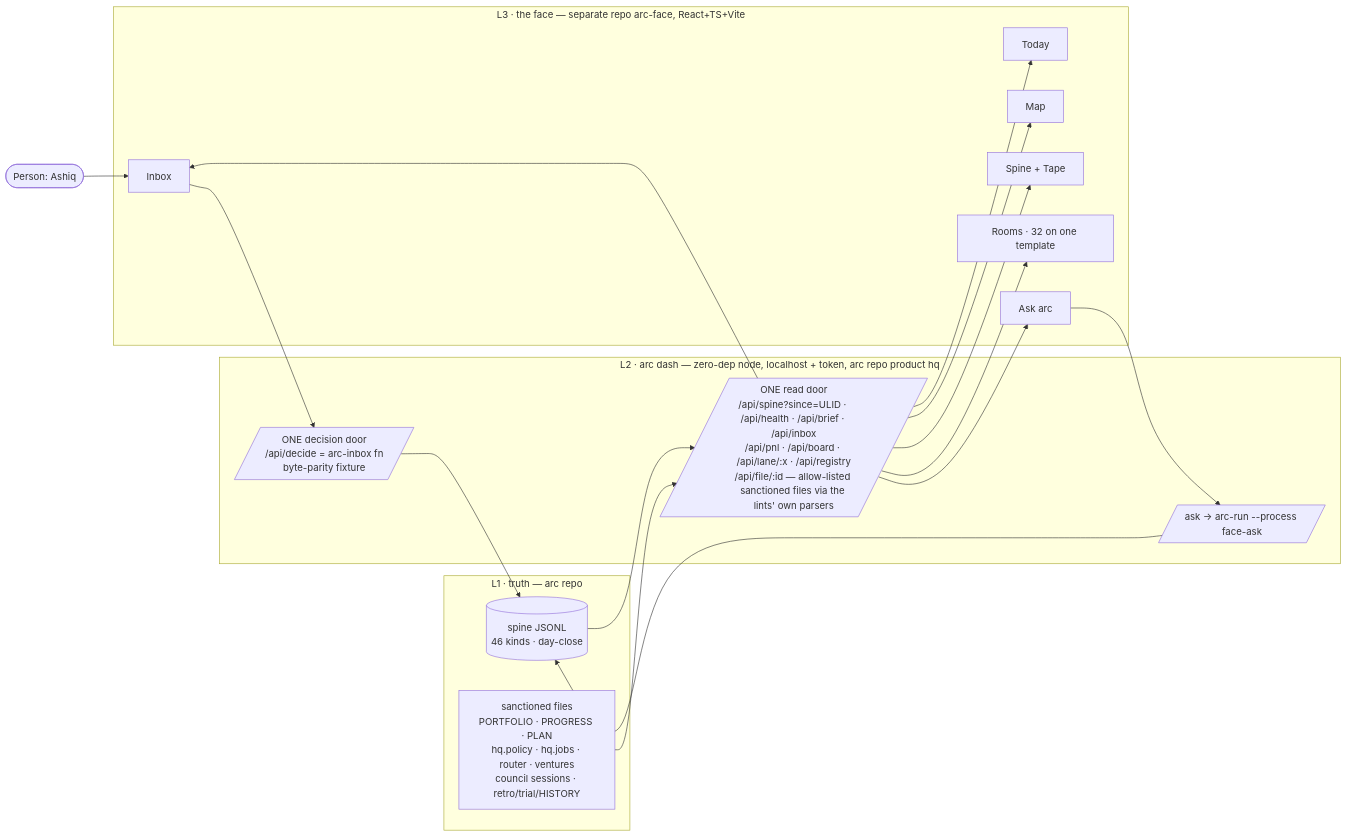
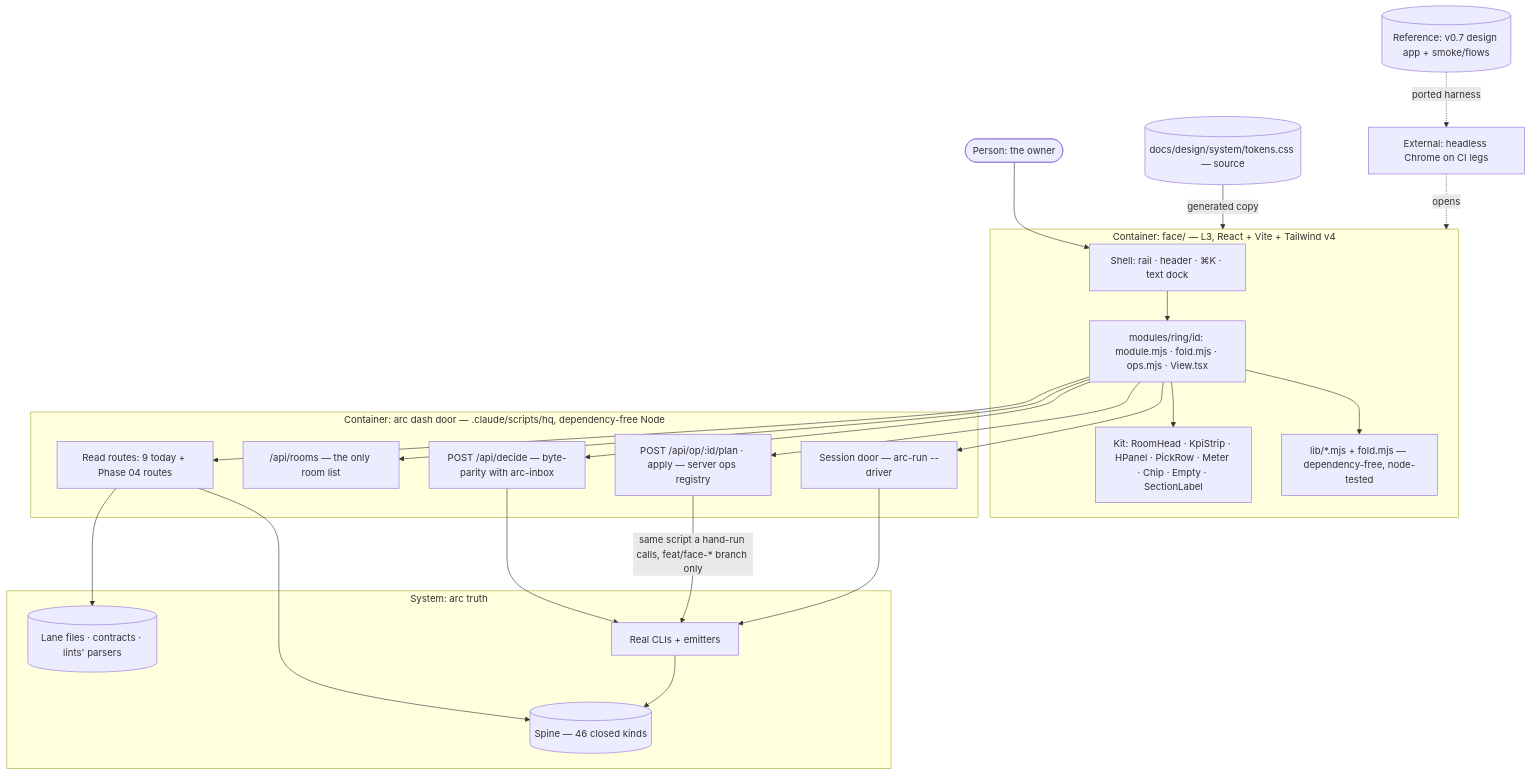
Before and after one commit to technology-ashiq/arc: the diagram in initiatives/face/PLAN.md, drawn with Mermaid. The commit also changed other lines of this file and 48 other files, not shown here.

````diff
--- a/initiatives/face/PLAN.md
+++ b/initiatives/face/PLAN.md
@@ -127,22 +136,36 @@
 ```mermaid
-flowchart LR
-  owner([Person: Ashiq])
-  subgraph L1[L1 · truth — arc repo]
-    S[(spine JSONL<br/>46 kinds · day-close)]
-    F[sanctioned files<br/>PORTFOLIO · PROGRESS · PLAN<br/>hq.policy · hq.jobs · router · ventures<br/>council sessions · retro/trial/HISTORY]
+flowchart TB
+  owner([Person: the owner])
+  subgraph L3 [Container: face/ — L3, React + Vite + Tailwind v4]
+    shell[Shell: rail · header · ⌘K · text dock]
+    kit[Kit: RoomHead · KpiStrip · HPanel · PickRow · Meter · Chip · Empty · SectionLabel]
+    mods[modules/ring/id: module.mjs · fold.mjs · ops.mjs · View.tsx]
+    lib[lib/*.mjs + fold.mjs — dependency-free, node-tested]
   end
-  subgraph L2[L2 · arc dash — zero-dep node, localhost + token, arc repo product hq]
-    R[/ONE read door<br/>/api/spine?since=ULID · /api/health · /api/brief · /api/inbox<br/>/api/pnl · /api/board · /api/lane/:x · /api/registry<br/>/api/file/:id — allow-listed sanctioned files via the lints' own parsers/]
-    D[/ONE decision door<br/>/api/decide = arc-inbox fn<br/>byte-parity fixture/]
-    A[/ask → arc-run --process face-ask/]
+  subgraph L2 [Container: arc dash door — .claude/scripts/hq, dependency-free Node]
+    read[Read routes: 9 today + Phase 04 routes]
+    rooms["/api/rooms — the only room list"]
+    decide[POST /api/decide — byte-parity with arc-inbox]
+    work[POST /api/op/:id/plan · apply — server ops registry]
+    session[Session door — arc-run --driver]
   end
-  subgraph L3[L3 · the face — separate repo arc-face, React+TS+Vite]
-    T[Today] & I[Inbox] & M[Map] & TP[Spine + Tape] & RM[Rooms · 32 on one template] & B[Ask arc]
+  subgraph L1 [System: arc truth]
+    spine[(Spine — 46 closed kinds)]
+    files[(Lane files · contracts · lints' parsers)]
+    clis[Real CLIs + emitters]
   end
-  S --> R
-  F --> R
-  R --> T & I & M & TP & RM & B
-  owner --> I
-  I --> D --> S
-  B --> A --> S
+  tokens[(docs/design/system/tokens.css — source)]
+  ref[(Reference: v0.7 design app + smoke/flows)]
+  chrome[External: headless Chrome on CI legs]
+  owner --> shell --> mods
+  mods --> kit
+  mods --> lib
+  tokens -- generated copy --> L3
+  mods --> read & rooms & decide & work & session
+  read --> spine & files
+  decide --> clis
+  work -- same script a hand-run calls, feat/face-* branch only --> clis
+  session --> clis
+  clis --> spine
+  ref -. ported harness .-> chrome -. opens .-> L3
 ```
````
